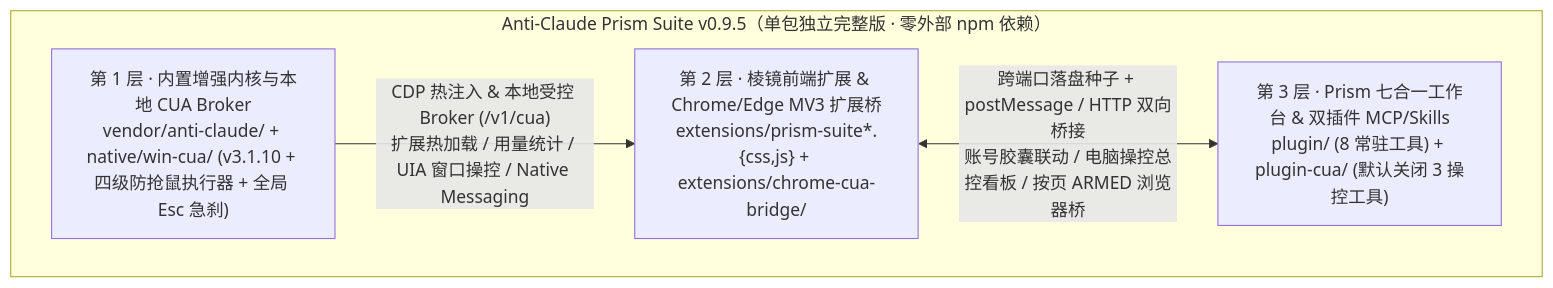
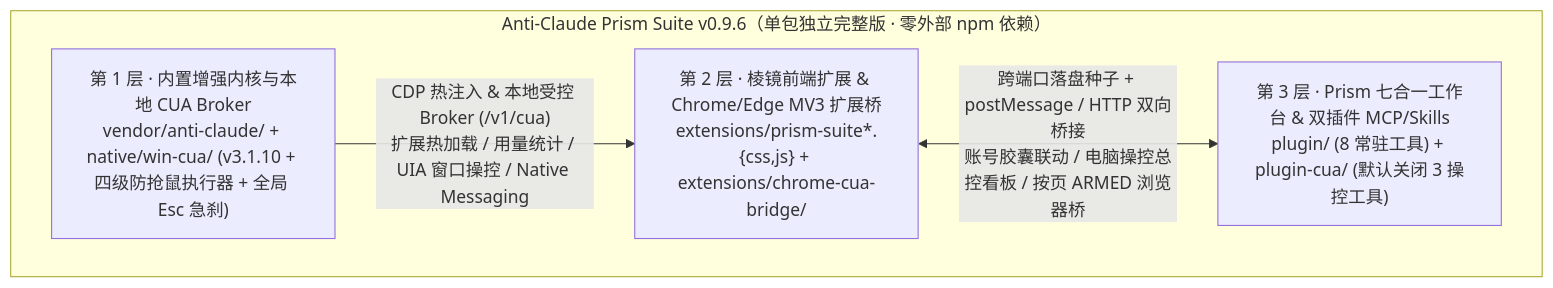
One commit to wushuai0802/anti-claude-prism-suite changed the diagram in README.md. Above: the diagram before and after it, drawn with Mermaid. The commit also changed other lines of this file and 29 other files, not shown here.

````diff
--- a/README.md
+++ b/README.md
@@ -116,11 +116,11 @@
 ```mermaid
 flowchart TB
-  subgraph PKG["Anti-Claude Prism Suite v0.9.5（单包独立完整版 · 零外部 npm 依赖）"]
+  subgraph PKG["Anti-Claude Prism Suite v0.9.6（单包独立完整版 · 零外部 npm 依赖）"]
     K["第 1 层 · 内置增强内核与本地 CUA Broker<br/>vendor/anti-claude/ + native/win-cua/ (v3.1.10 + 四级防抢鼠执行器 + 全局 Esc 急刹)"]
     E["第 2 层 · 棱镜前端扩展 & Chrome/Edge MV3 扩展桥<br/>extensions/prism-suite*.{css,js} + extensions/chrome-cua-bridge/"]
     P["第 3 层 · Prism 七合一工作台 & 双插件 MCP/Skills<br/>plugin/ (8 常驻工具) + plugin-cua/ (默认关闭 3 操控工具)"]
   end
 
   K -->|"CDP 热注入 & 本地受控 Broker (/v1/cua)<br/>扩展热加载 / 用量统计 / UIA 窗口操控 / Native Messaging"| E
   E <-->|"跨端口落盘种子 + postMessage / HTTP 双向桥接<br/>账号胶囊联动 / 电脑操控总控看板 / 按页 ARMED 浏览器桥"| P
 ```
````
